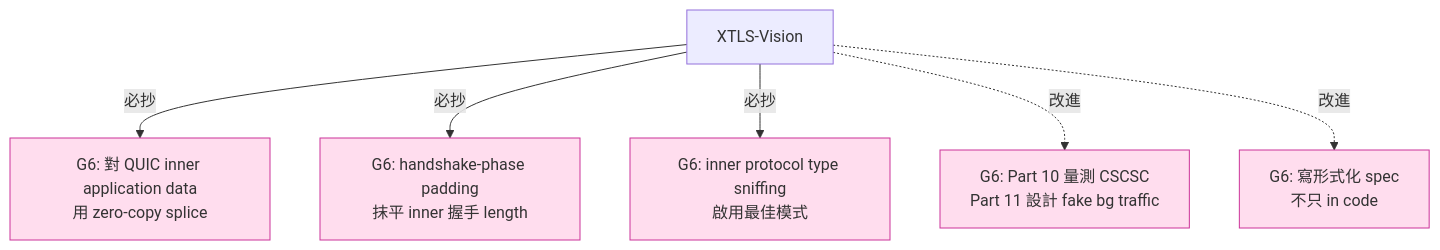
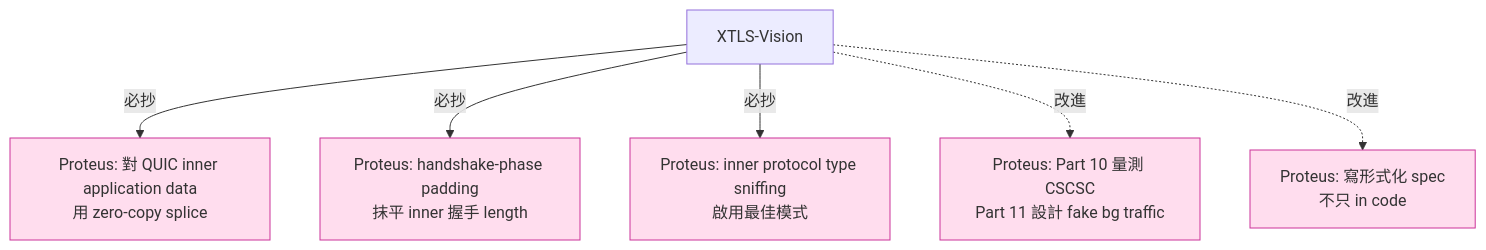
One commit to Icarus603/network-from-scratch changed the fifth of 5 diagrams in lessons/part-7-proxy-protocols/7.9-xtls-vision.md. Above: the diagram before and after it, drawn with Mermaid. The commit also changed other lines of this file and 300 other files, not shown here.

````diff
--- a/lessons/part-7-proxy-protocols/7.9-xtls-vision.md
+++ b/lessons/part-7-proxy-protocols/7.9-xtls-vision.md
@@ -492,12 +492,12 @@
 ```mermaid
 flowchart TD
     Vision[XTLS-Vision]
-    Vision -- 必抄 --> G_SPLICE[G6: 對 QUIC inner application data<br/>用 zero-copy splice]
-    Vision -- 必抄 --> G_PADDING[G6: handshake-phase padding<br/>抹平 inner 握手 length]
-    Vision -- 必抄 --> G_SNIFF[G6: inner protocol type sniffing<br/>啟用最佳模式]
-    Vision -. 改進 .-> G_SCSC[G6: Part 10 量測 CSCSC<br/>Part 11 設計 fake bg traffic]
-    Vision -. 改進 .-> G_FORMAL[G6: 寫形式化 spec<br/>不只 in code]
+    Vision -- 必抄 --> G_SPLICE[Proteus: 對 QUIC inner application data<br/>用 zero-copy splice]
+    Vision -- 必抄 --> G_PADDING[Proteus: handshake-phase padding<br/>抹平 inner 握手 length]
+    Vision -- 必抄 --> G_SNIFF[Proteus: inner protocol type sniffing<br/>啟用最佳模式]
+    Vision -. 改進 .-> G_SCSC[Proteus: Part 10 量測 CSCSC<br/>Part 11 設計 fake bg traffic]
+    Vision -. 改進 .-> G_FORMAL[Proteus: 寫形式化 spec<br/>不只 in code]
 
     classDef ours fill:#fde,stroke:#c39
     class G_SPLICE,G_PADDING,G_SNIFF,G_SCSC,G_FORMAL ours
 ```
````
